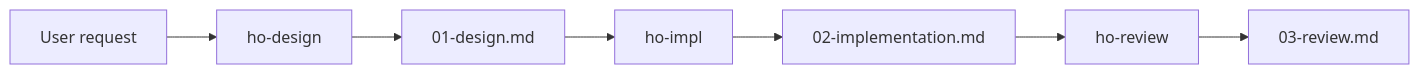
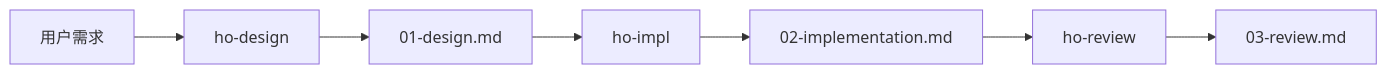
One commit to hf745316389/ho-codeflow changed the diagram in README.md. Above: the diagram before and after it, drawn with Mermaid. The commit also changed other lines of this file and 5 other files, not shown here.

````diff
--- a/README.md
+++ b/README.md
@@ -21,9 +16,9 @@
 ```mermaid
 flowchart LR
-    A["User request"] --> B["ho-design"]
+    A["用户需求"] --> B["ho-design"]
     B --> C["01-design.md"]
     C --> D["ho-impl"]
     D --> E["02-implementation.md"]
     E --> F["ho-review"]
     F --> G["03-review.md"]
 ```
````
